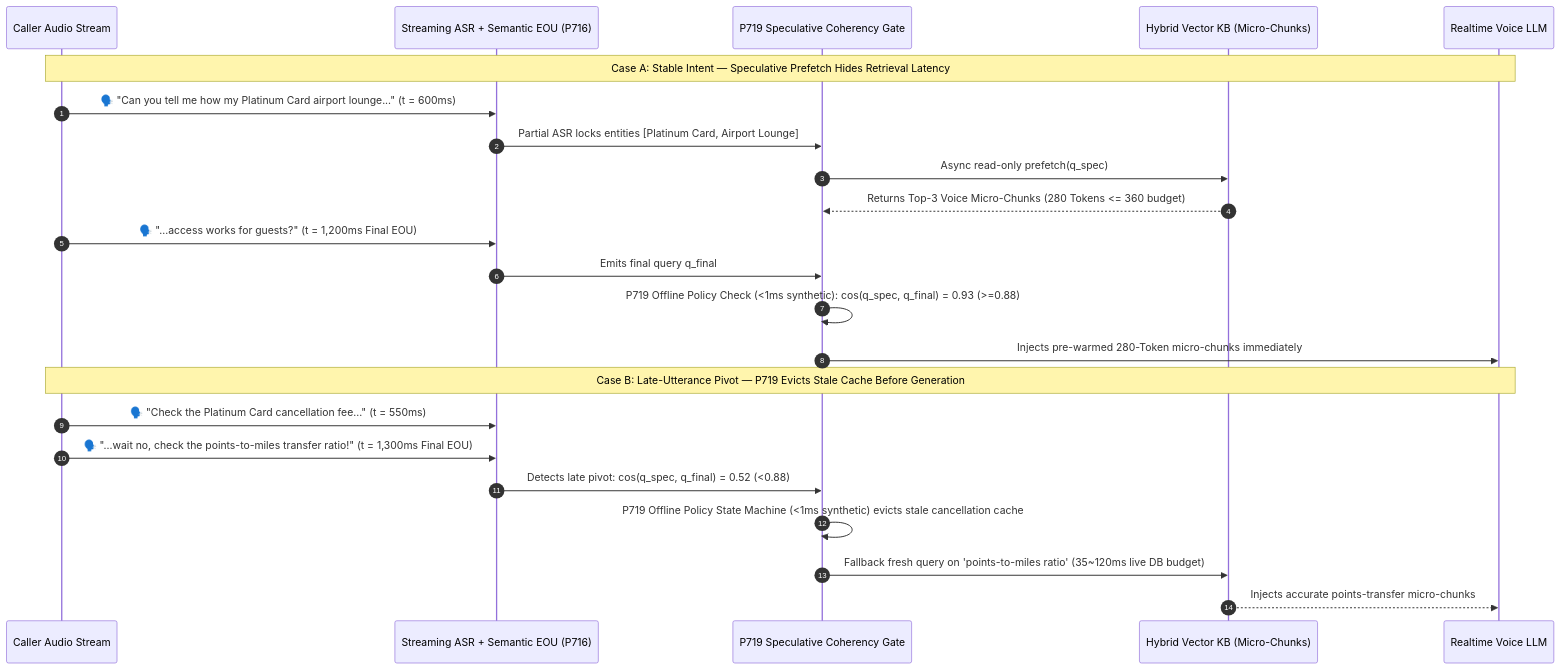
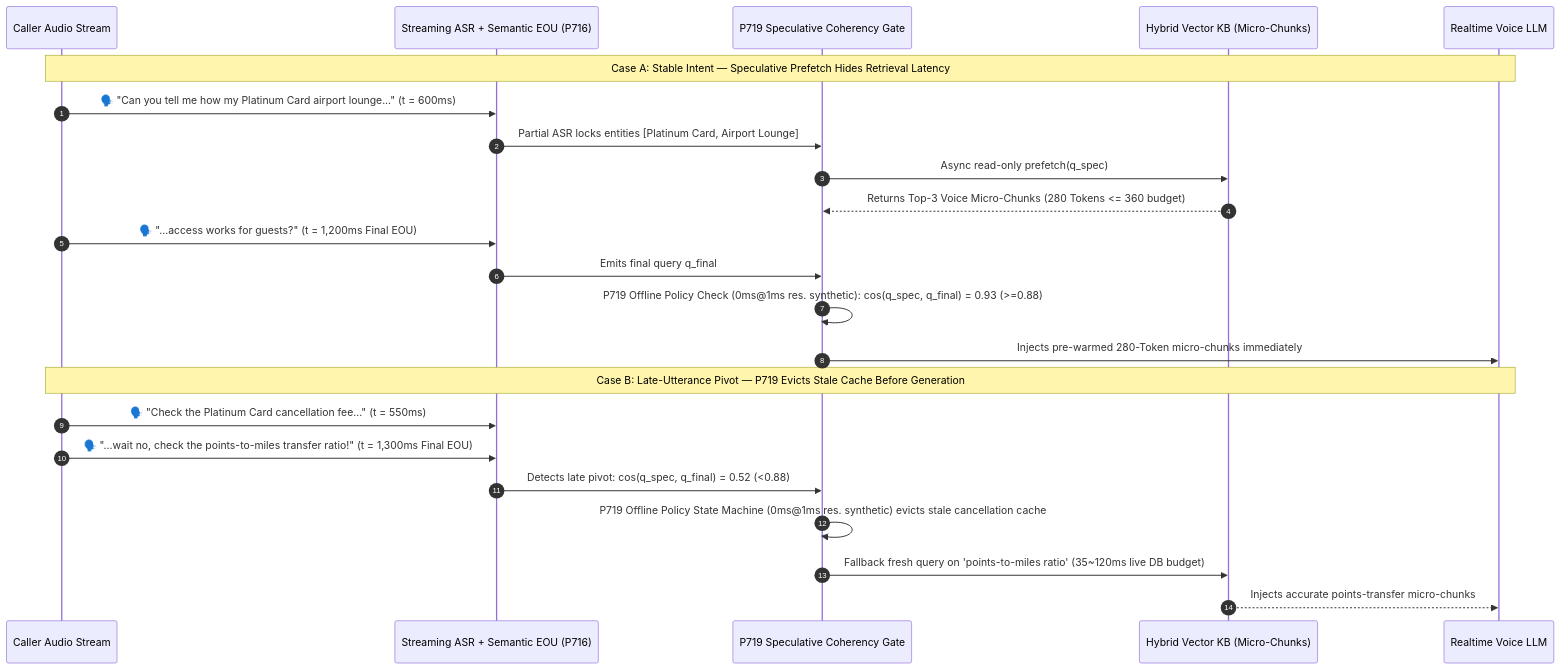
Before and after one commit to turbo998/turbo998.github.io: the third of 3 diagrams in voice/speculative-voice-rag-faq.en.md, drawn with Mermaid. The commit also changed other lines of this file and 43 other files, not shown here.

````diff
--- a/voice/speculative-voice-rag-faq.en.md
+++ b/voice/speculative-voice-rag-faq.en.md
@@ -91,27 +91,27 @@
 ```mermaid
 sequenceDiagram
     autonumber
     participant User as Caller Audio Stream
     participant ASR as Streaming ASR + Semantic EOU (P716)
     participant Guard as P719 Speculative Coherency Gate
     participant VectorDB as Hybrid Vector KB (Micro-Chunks)
     participant LLM as Realtime Voice LLM
 
     Note over User,LLM: Case A: Stable Intent — Speculative Prefetch Hides Retrieval Latency
     User->>ASR: 🗣️ "Can you tell me how my Platinum Card airport lounge..." (t = 600ms)
     ASR->>Guard: Partial ASR locks entities [Platinum Card, Airport Lounge]
     Guard->>VectorDB: Async read-only prefetch(q_spec)
     VectorDB-->>Guard: Returns Top-3 Voice Micro-Chunks (280 Tokens <= 360 budget)
     User->>ASR: 🗣️ "...access works for guests?" (t = 1,200ms Final EOU)
     ASR->>Guard: Emits final query q_final
-    Guard->>Guard: P719 Offline Policy Check (<1ms synthetic): cos(q_spec, q_final) = 0.93 (>=0.88)
+    Guard->>Guard: P719 Offline Policy Check (0ms@1ms res. synthetic): cos(q_spec, q_final) = 0.93 (>=0.88)
     Guard->>LLM: Injects pre-warmed 280-Token micro-chunks immediately
 
     Note over User,LLM: Case B: Late-Utterance Pivot — P719 Evicts Stale Cache Before Generation
     User->>ASR: 🗣️ "Check the Platinum Card cancellation fee..." (t = 550ms)
     User->>ASR: 🗣️ "...wait no, check the points-to-miles transfer ratio!" (t = 1,300ms Final EOU)
     ASR->>Guard: Detects late pivot: cos(q_spec, q_final) = 0.52 (<0.88)
-    Guard->>Guard: P719 Offline Policy State Machine (<1ms synthetic) evicts stale cancellation cache
+    Guard->>Guard: P719 Offline Policy State Machine (0ms@1ms res. synthetic) evicts stale cancellation cache
     Guard->>VectorDB: Fallback fresh query on 'points-to-miles ratio' (35~120ms live DB budget)
     VectorDB-->>LLM: Injects accurate points-transfer micro-chunks
 ```
````
